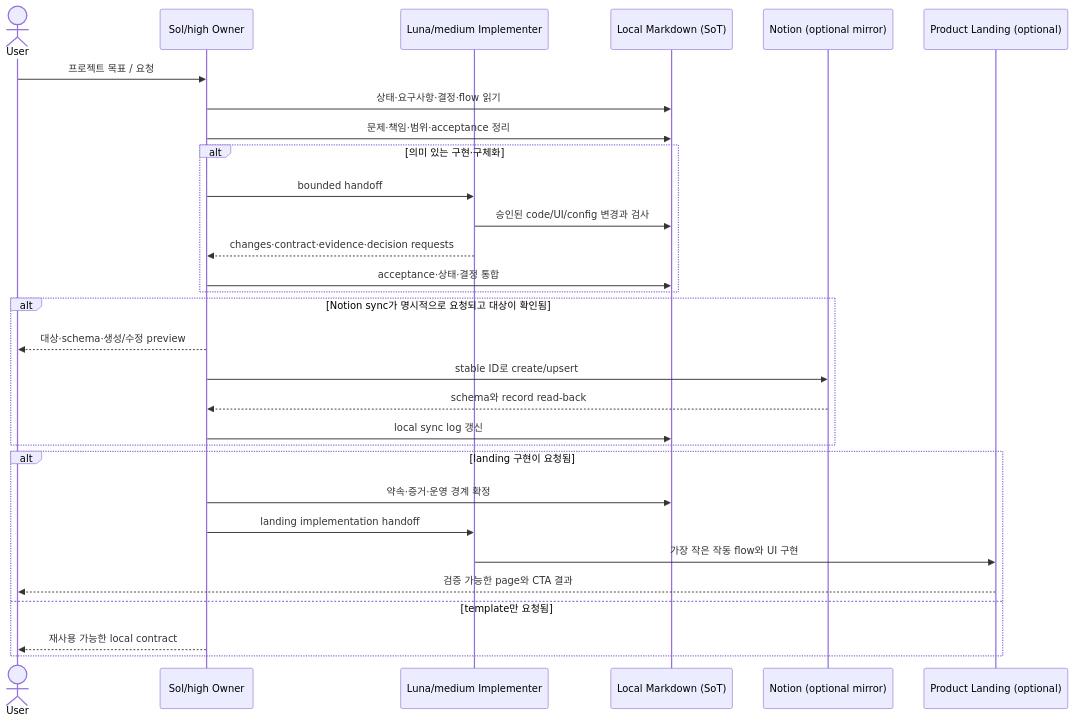
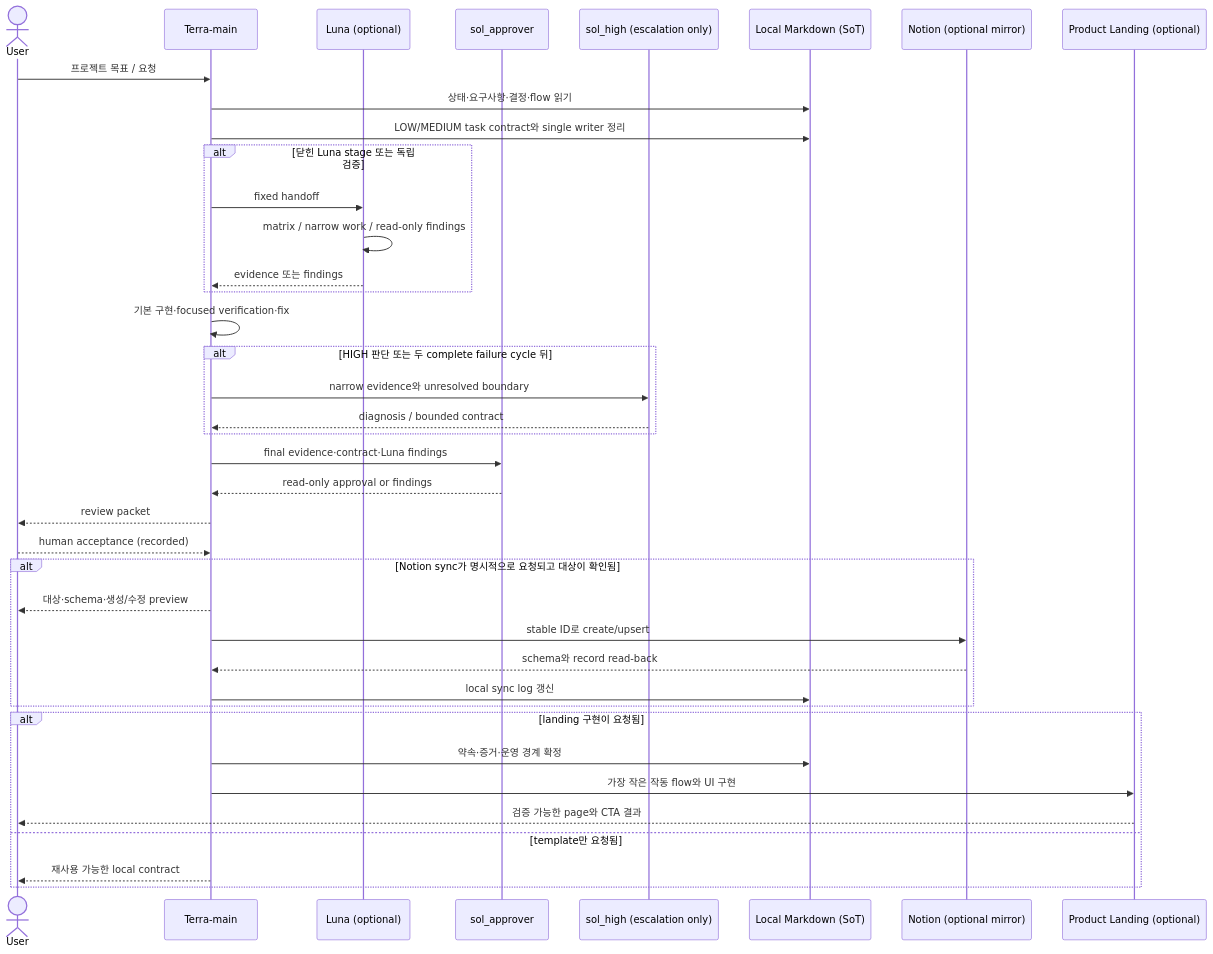
Before and after one commit to pjy2163/local-harness: the diagram in docs/SYSTEM_MAP.md, drawn with Mermaid. The commit also changed other lines of this file and 1 other file, not shown here.

Commit message:
docs: v1.2 상태와 역할 흐름 승인 반영 (harness)

````diff
--- a/docs/SYSTEM_MAP.md
+++ b/docs/SYSTEM_MAP.md
@@ -13,33 +13,42 @@
 ```mermaid
 sequenceDiagram
     actor U as User
-    participant O as Sol/high Owner
-    participant I as Luna/medium Implementer
+    participant T as Terra-main
+    participant X as Luna (optional)
+    participant A as sol_approver
+    participant S as sol_high (escalation only)
     participant L as Local Markdown (SoT)
     participant N as Notion (optional mirror)
     participant P as Product Landing (optional)
 
-    U->>O: 프로젝트 목표 / 요청
-    O->>L: 상태·요구사항·결정·flow 읽기
-    O->>L: 문제·책임·범위·acceptance 정리
-    alt 의미 있는 구현·구체화
-        O->>I: bounded handoff
-        I->>L: 승인된 code/UI/config 변경과 검사
-        I-->>O: changes·contract·evidence·decision requests
-        O->>L: acceptance·상태·결정 통합
+    U->>T: 프로젝트 목표 / 요청
+    T->>L: 상태·요구사항·결정·flow 읽기
+    T->>L: LOW/MEDIUM task contract와 single writer 정리
+    alt 닫힌 Luna stage 또는 독립 검증
+        T->>X: fixed handoff
+        X->>X: matrix / narrow work / read-only findings
+        X-->>T: evidence 또는 findings
     end
+    T->>T: 기본 구현·focused verification·fix
+    alt HIGH 판단 또는 두 complete failure cycle 뒤
+        T->>S: narrow evidence와 unresolved boundary
+        S-->>T: diagnosis / bounded contract
+    end
+    T->>A: final evidence·contract·Luna findings
+    A-->>T: read-only approval or findings
+    T-->>U: review packet
+    U-->>T: human acceptance (recorded)
     alt Notion sync가 명시적으로 요청되고 대상이 확인됨
-        O-->>U: 대상·schema·생성/수정 preview
-        O->>N: stable ID로 create/upsert
-        N-->>O: schema와 record read-back
-        O->>L: local sync log 갱신
+        T-->>U: 대상·schema·생성/수정 preview
+        T->>N: stable ID로 create/upsert
+        N-->>T: schema와 record read-back
+        T->>L: local sync log 갱신
     end
     alt landing 구현이 요청됨
-        O->>L: 약속·증거·운영 경계 확정
-        O->>I: landing implementation handoff
-        I->>P: 가장 작은 작동 flow와 UI 구현
+        T->>L: 약속·증거·운영 경계 확정
+        T->>P: 가장 작은 작동 flow와 UI 구현
         P-->>U: 검증 가능한 page와 CTA 결과
     else template만 요청됨
-        O-->>U: 재사용 가능한 local contract
+        T-->>U: 재사용 가능한 local contract
     end
 ```
````
